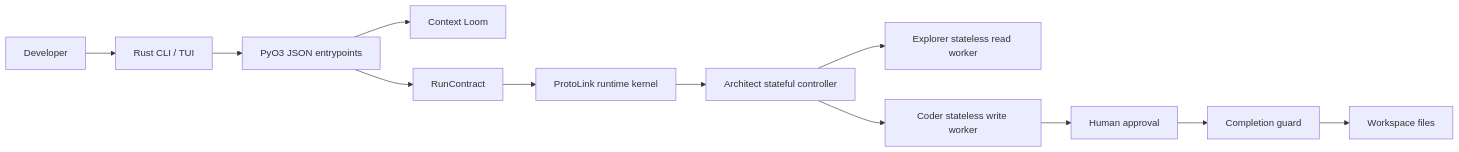
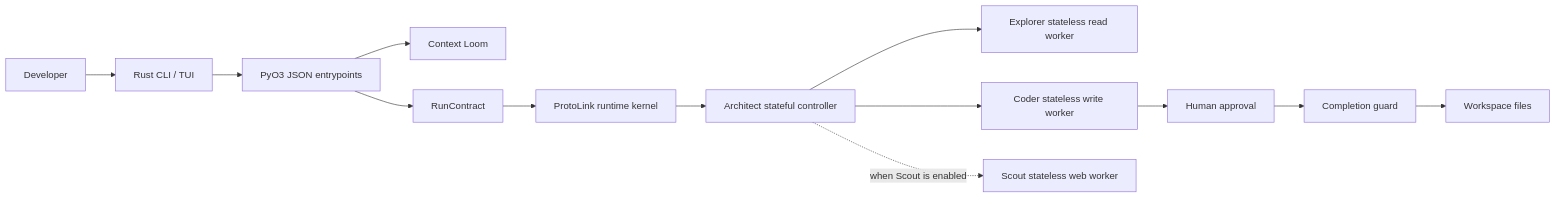
The diagram in docs/content/intro.md (nMaroulis/protoagent), drawn with Mermaid before and after one commit. The commit also changed other lines of this file and 90 other files, not shown here.

````diff
--- a/docs/content/intro.md
+++ b/docs/content/intro.md
@@ -51,14 +52,15 @@
 ```mermaid
 flowchart LR
   User["Developer"] --> CLI["Rust CLI / TUI"]
   CLI --> Core["PyO3 JSON entrypoints"]
   Core --> Loom["Context Loom"]
   Core --> Contract["RunContract"]
   Contract --> Runtime["ProtoLink runtime kernel"]
   Runtime --> Architect["Architect stateful controller"]
   Architect --> Explorer["Explorer stateless read worker"]
   Architect --> Coder["Coder stateless write worker"]
+  Architect -. "when Scout is enabled" .-> Scout["Scout stateless web worker"]
   Coder --> Approval["Human approval"]
   Approval --> Guard["Completion guard"]
   Guard --> Workspace["Workspace files"]
 ```
````
